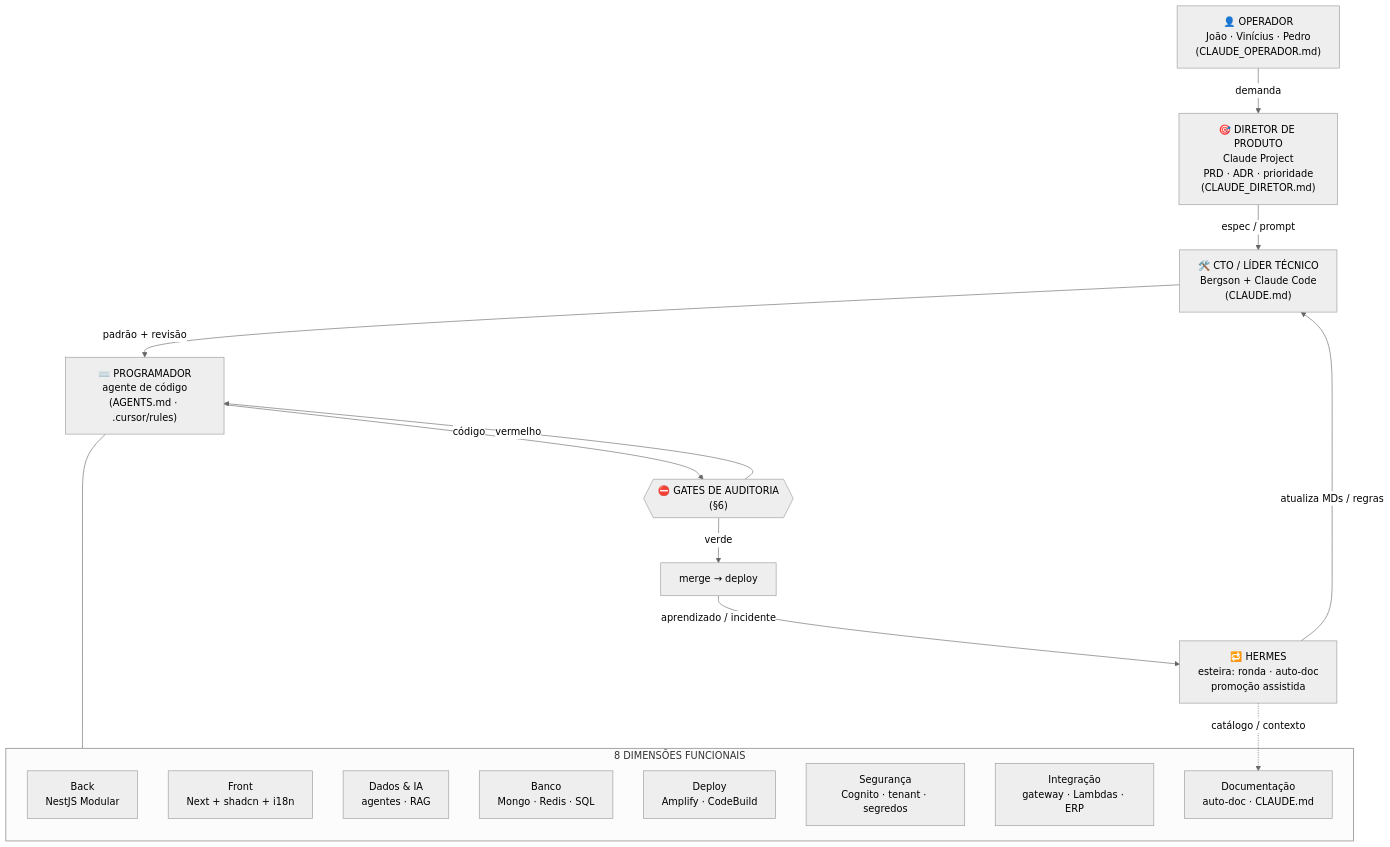
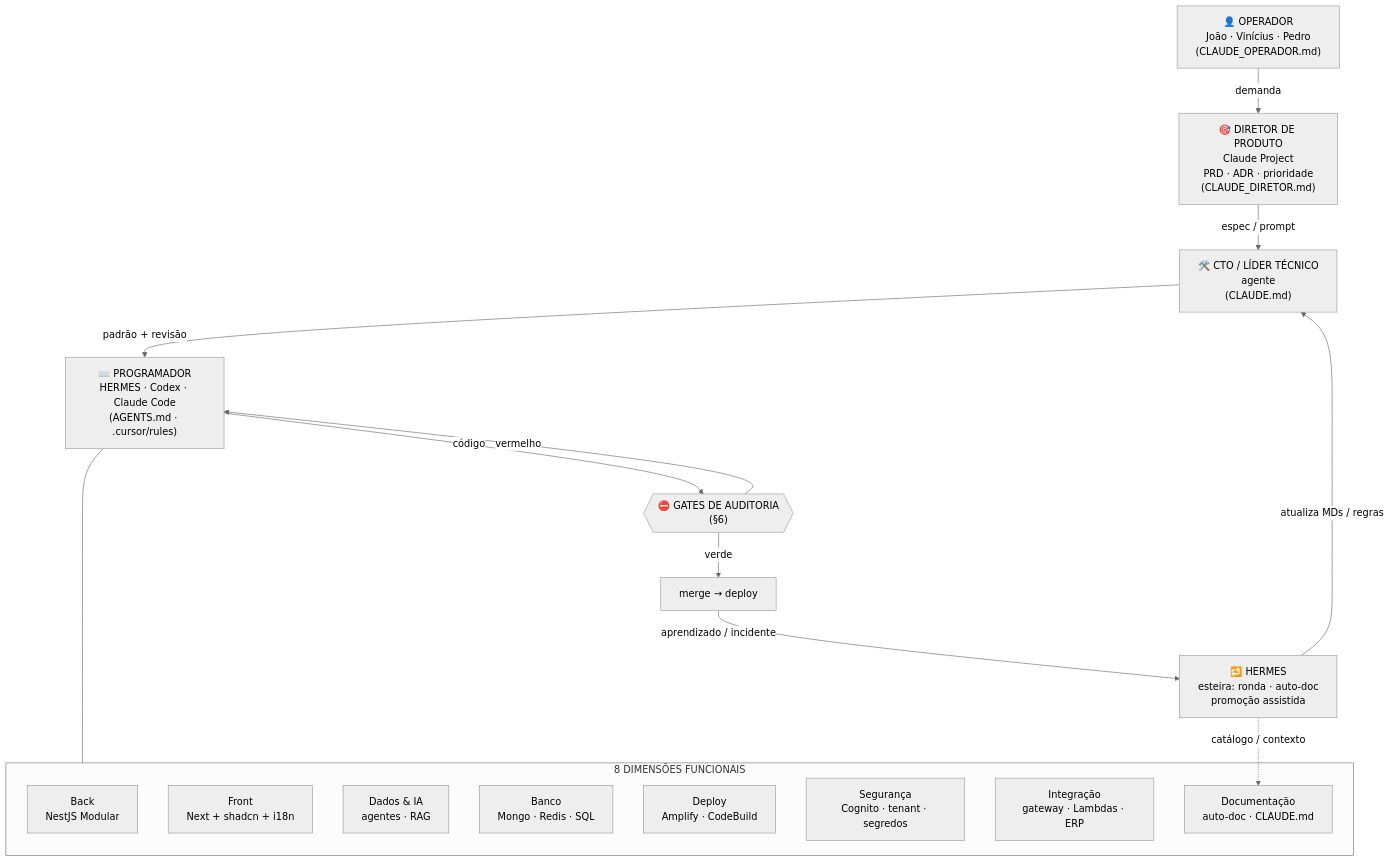
One commit to HyTrackWater/brainhub-umode changed the first of 3 diagrams in uMode/04_Dados-e-IA/_protocolos/governanca-squad-desenvolvimento.md. Above: the diagram before and after it, drawn with Mermaid (neutral theme). The commit also changed other lines of this file and 2 other files, not shown here.

First line of the commit message:
Corrige o elenco: CTO e agente, Programador roda HERMES/Codex/Claude Code, Lovable fora

````diff
--- a/uMode/04_Dados-e-IA/_protocolos/governanca-squad-desenvolvimento.md
+++ b/uMode/04_Dados-e-IA/_protocolos/governanca-squad-desenvolvimento.md
@@ -65,32 +70,32 @@
 ```mermaid
 flowchart TB
     OP["👤 OPERADOR<br/>João · Vinícius · Pedro<br/>(CLAUDE_OPERADOR.md)"]
     DIR["🎯 DIRETOR DE PRODUTO<br/>Claude Project<br/>PRD · ADR · prioridade<br/>(CLAUDE_DIRETOR.md)"]
-    CTO["🛠️ CTO / LÍDER TÉCNICO<br/>Bergson + Claude Code<br/>(CLAUDE.md)"]
-    PROG["⌨️ PROGRAMADOR<br/>agente de código<br/>(AGENTS.md · .cursor/rules)"]
+    CTO["🛠️ CTO / LÍDER TÉCNICO<br/>agente<br/>(CLAUDE.md)"]
+    PROG["⌨️ PROGRAMADOR<br/>HERMES · Codex · Claude Code<br/>(AGENTS.md · .cursor/rules)"]
     HERMES["🔁 HERMES<br/>esteira: ronda · auto-doc<br/>promoção assistida"]
 
     OP -->|demanda| DIR
     DIR -->|espec / prompt| CTO
     CTO -->|padrão + revisão| PROG
     PROG -->|código| GATES
 
     subgraph DIM["8 DIMENSÕES FUNCIONAIS"]
         BACK["Back<br/>NestJS Modular"]
         FRONT["Front<br/>Next + shadcn + i18n"]
         DADOS["Dados & IA<br/>agentes · RAG"]
         DB["Banco<br/>Mongo · Redis · SQL"]
         DEPLOY["Deploy<br/>Amplify · CodeBuild"]
         SEC["Segurança<br/>Cognito · tenant · segredos"]
         INT["Integração<br/>gateway · Lambdas · ERP"]
         DOC["Documentação<br/>auto-doc · CLAUDE.md"]
     end
 
     PROG --- DIM
     GATES{{"⛔ GATES DE AUDITORIA<br/>(§6)"}}
     GATES -->|verde| MERGE["merge → deploy"]
     GATES -->|vermelho| PROG
     MERGE -->|aprendizado / incidente| HERMES
     HERMES -->|atualiza MDs / regras| CTO
     HERMES -.->|catálogo / contexto| DOC
 ```
````
